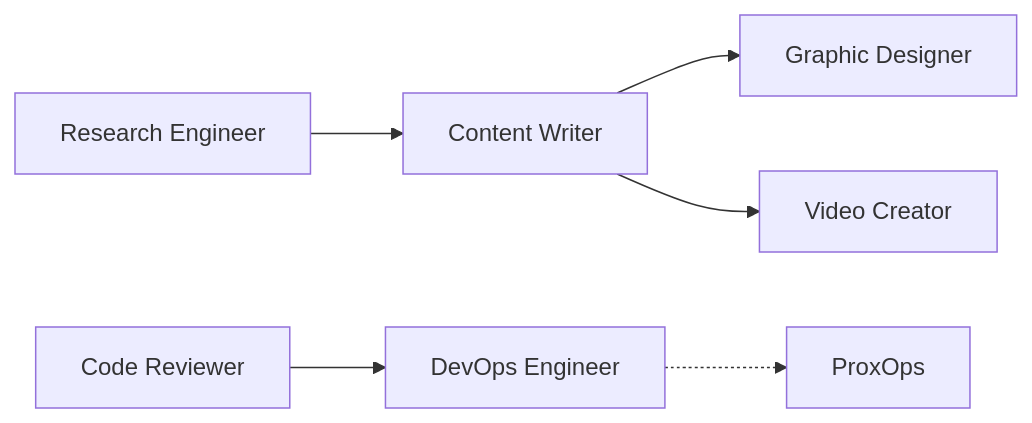
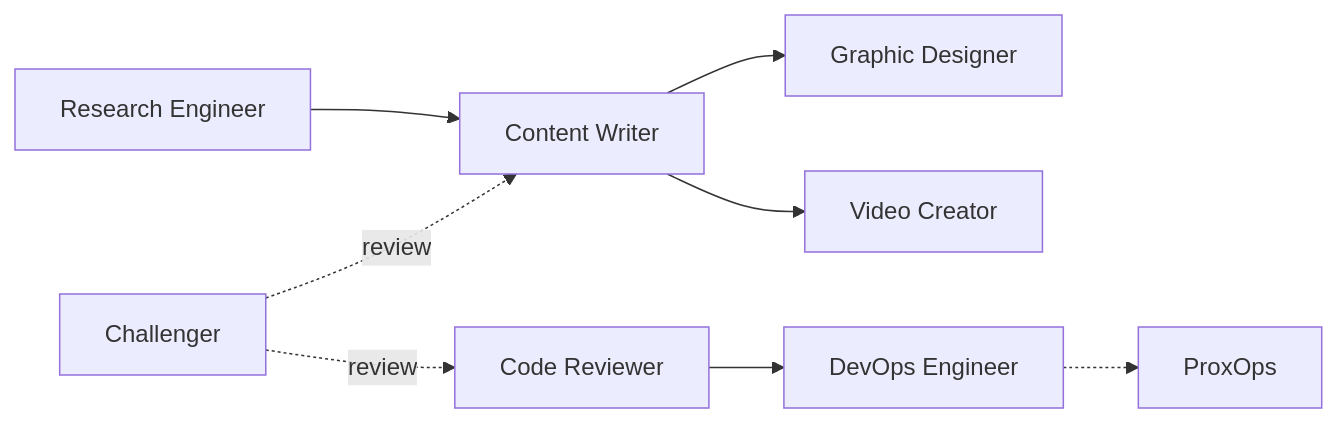
Before and after one commit to henrikrexed/PaperClip-Agents: the diagram in docs/index.md, drawn with Mermaid. The commit also changed other lines of this file and 8 other files, not shown here.

````diff
--- a/docs/index.md
+++ b/docs/index.md
@@ -29,8 +30,10 @@
 ```mermaid
 graph LR
     RE["Research Engineer"] --> CW["Content Writer"]
     CW --> GD["Graphic Designer"]
     CW --> VC["Video Creator"]
     CR["Code Reviewer"] --> DO["DevOps Engineer"]
     DO -.-> PX["ProxOps"]
+    CH["Challenger"] -.review.-> CW
+    CH -.review.-> CR
 ```
````
